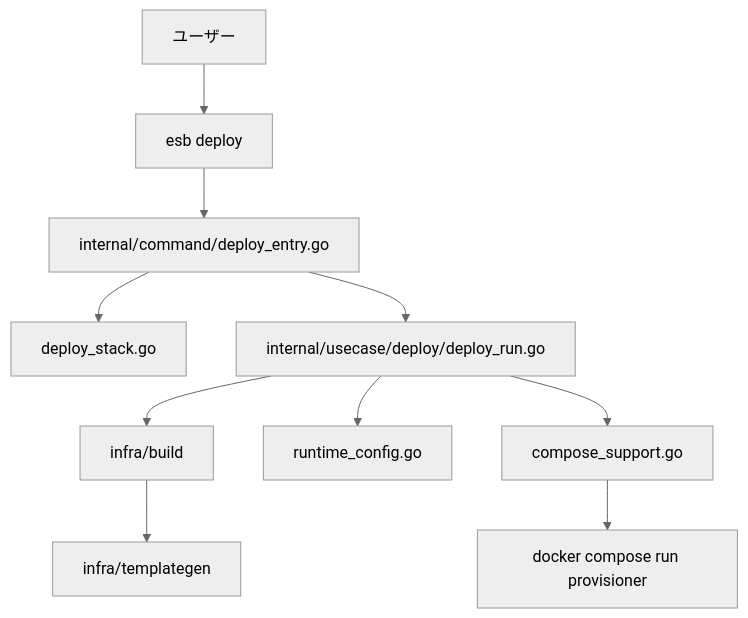
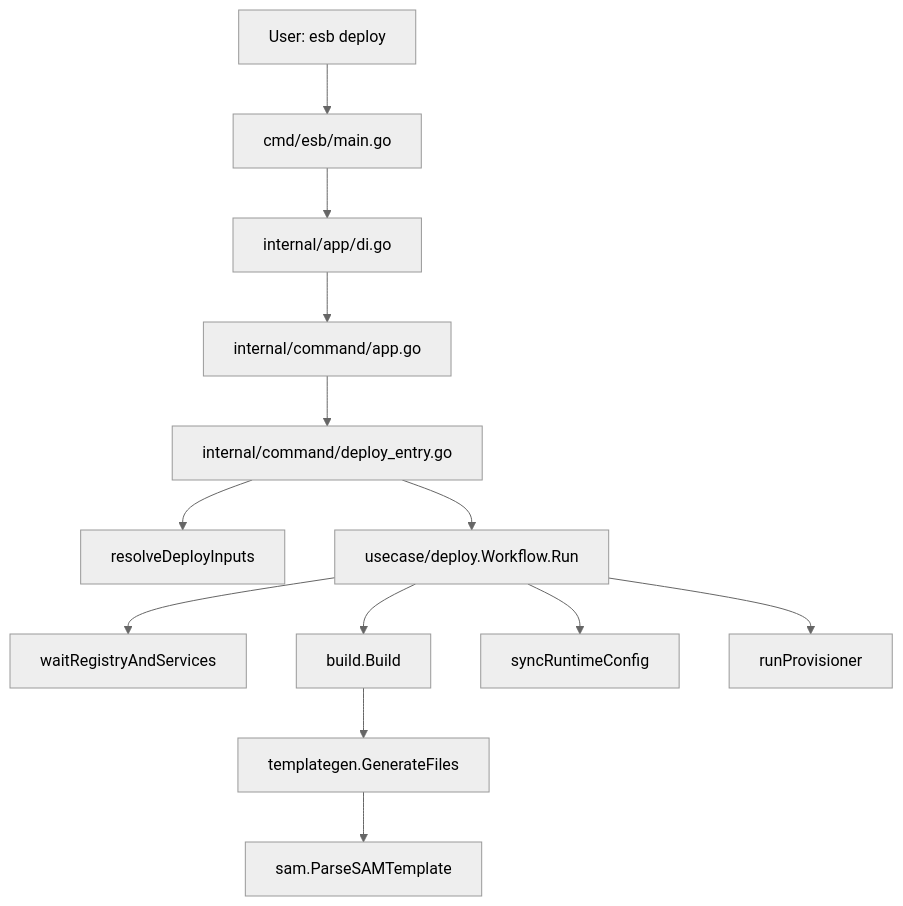
The diagram in docs/architecture.md (poruru-code/esb-cli), drawn with Mermaid (neutral theme) before and after one commit. The commit also changed other lines of this file and 10 other files, not shown here.

````diff
--- a/docs/architecture.md
+++ b/docs/architecture.md
@@ -18,12 +31,15 @@
 ```mermaid
 graph TD
-    User[ユーザー] --> CLI[esb deploy]
-    CLI --> Command[internal/command/deploy_entry.go]
-    Command --> Stack[deploy_stack.go]
-    Command --> Usecase[internal/usecase/deploy/deploy_run.go]
-    Usecase --> Build[infra/build]
-    Build --> TemplateGen[infra/templategen]
-    Usecase --> RuntimeSync[runtime_config.go]
-    Usecase --> ComposeSupport[compose_support.go]
-    ComposeSupport --> Provisioner[docker compose run provisioner]
+    U[User: esb deploy] --> A[cmd/esb/main.go]
+    A --> B[internal/app/di.go]
+    B --> C[internal/command/app.go]
+    C --> D[internal/command/deploy_entry.go]
+    D --> E[resolveDeployInputs]
+    D --> F[usecase/deploy.Workflow.Run]
+    F --> G[waitRegistryAndServices]
+    F --> H[build.Build]
+    H --> I[templategen.GenerateFiles]
+    I --> J[sam.ParseSAMTemplate]
+    F --> K[syncRuntimeConfig]
+    F --> L[runProvisioner]
 ```
````
